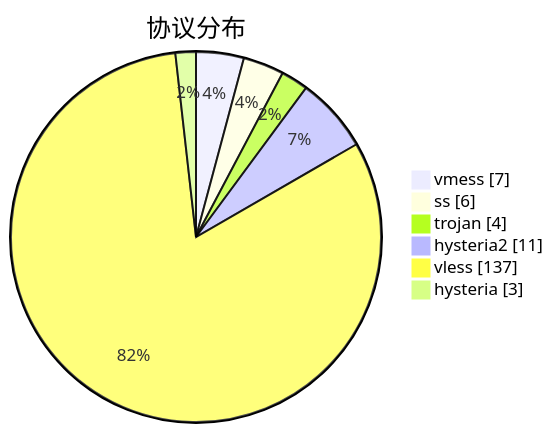
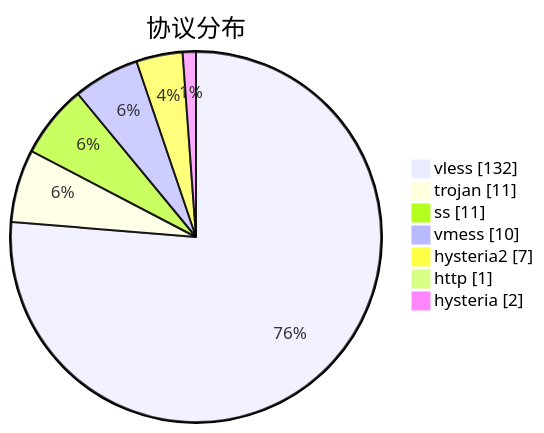
The third of 3 diagrams in subs/statistics/tested_within.md (sinspired/airport), drawn with Mermaid before and after one commit. The commit also changed other lines of this file and 2 other files, not shown here.

````diff
--- a/subs/statistics/tested_within.md
+++ b/subs/statistics/tested_within.md
@@ -34,10 +33,11 @@
 ```mermaid
 pie showData
 title 协议分布
-"vmess" : 7
-"ss" : 6
-"trojan" : 4
-"hysteria2" : 11
-"vless" : 137
-"hysteria" : 3
+"vless" : 132
+"trojan" : 11
+"ss" : 11
+"vmess" : 10
+"hysteria2" : 7
+"http" : 1
+"hysteria" : 2
 ```
````
